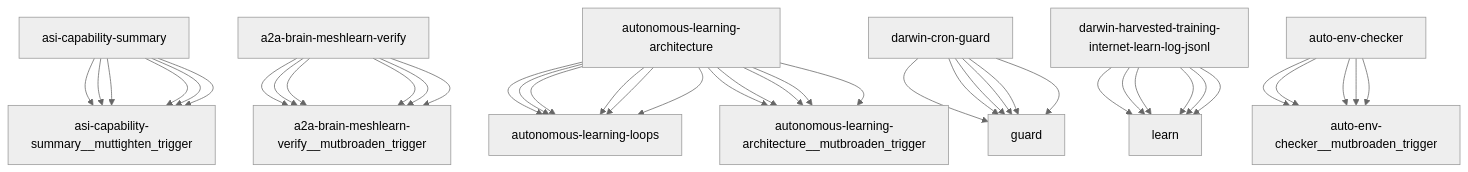
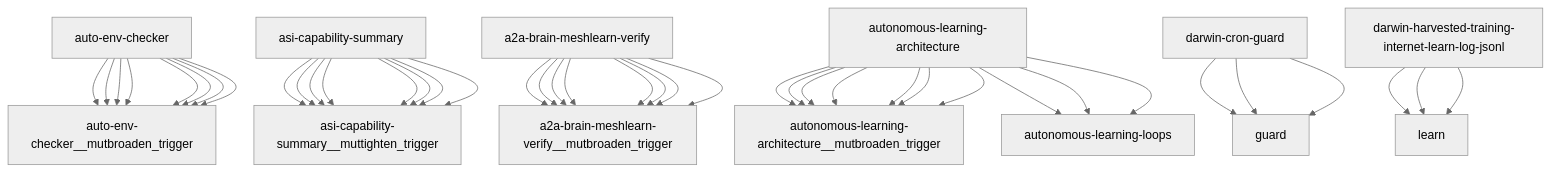
One commit to openamer-max/max-scripts changed the diagram in reports/darwin-report.md. Above: the diagram before and after it, drawn with Mermaid (neutral theme). The commit also changed other lines of this file and 14 other files, not shown here.

First line of the commit message:
chore(reports): cron auto-commit 2026-10-12

````diff
--- a/reports/darwin-report.md
+++ b/reports/darwin-report.md
@@ -69,43 +69,43 @@
 ```mermaid
 graph TD
+    auto-env-checker["auto-env-checker"] --> auto-env-checker__mutbroaden_trigger["auto-env-checker__mutbroaden_trigger"]
     asi-capability-summary["asi-capability-summary"] --> asi-capability-summary__muttighten_trigger["asi-capability-summary__muttighten_trigger"]
     a2a-brain-meshlearn-verify["a2a-brain-meshlearn-verify"] --> a2a-brain-meshlearn-verify__mutbroaden_trigger["a2a-brain-meshlearn-verify__mutbroaden_trigger"]
-    autonomous-learning-architecture["autonomous-learning-architecture"] --> autonomous-learning-loops["autonomous-learning-loops"]
-    darwin-cron-guard["darwin-cron-guard"] --> guard["guard"]
-    darwin-harvested-training-internet-learn-log-jsonl["darwin-harvested-training-internet-learn-log-jsonl"] --> learn["learn"]
+    autonomous-learning-architecture["autonomous-learning-architecture"] --> autonomous-learning-architecture__mutbroaden_trigger["autonomous-learning-architecture__mutbroaden_trigger"]
+    auto-env-checker["auto-env-checker"] --> auto-env-checker__mutbroaden_trigger["auto-env-checker__mutbroaden_trigger"]
+    asi-capability-summary["asi-capability-summary"] --> asi-capability-summary__muttighten_trigger["asi-capability-summary__muttighten_trigger"]
+    a2a-brain-meshlearn-verify["a2a-brain-meshlearn-verify"] --> a2a-brain-meshlearn-verify__mutbroaden_trigger["a2a-brain-meshlearn-verify__mutbroaden_trigger"]
+    autonomous-learning-architecture["autonomous-learning-architecture"] --> autonomous-learning-architecture__mutbroaden_trigger["autonomous-learning-architecture__mutbroaden_trigger"]
+    auto-env-checker["auto-env-checker"] --> auto-env-checker__mutbroaden_trigger["auto-env-checker__mutbroaden_trigger"]
+    asi-capability-summary["asi-capability-summary"] --> asi-capability-summary__muttighten_trigger["asi-capability-summary__muttighten_trigger"]
+    a2a-brain-meshlearn-verify["a2a-brain-meshlearn-verify"] --> a2a-brain-meshlearn-verify__mutbroaden_trigger["a2a-brain-meshlearn-verify__mutbroaden_trigger"]
+    autonomous-learning-architecture["autonomous-learning-architecture"] --> autonomous-learning-architecture__mutbroaden_trigger["autonomous-learning-architecture__mutbroaden_trigger"]
+    auto-env-checker["auto-env-checker"] --> auto-env-checker__mutbroaden_trigger["auto-env-checker__mutbroaden_trigger"]
+    asi-capability-summary["asi-capability-summary"] --> asi-capability-summary__muttighten_trigger["asi-capability-summary__muttighten_trigger"]
+    a2a-brain-meshlearn-verify["a2a-brain-meshlearn-verify"] --> a2a-brain-meshlearn-verify__mutbroaden_trigger["a2a-brain-meshlearn-verify__mutbroaden_trigger"]
     autonomous-learning-architecture["autonomous-learning-architecture"] --> autonomous-learning-architecture__mutbroaden_trigger["autonomous-learning-architecture__mutbroaden_trigger"]
     auto-env-checker["auto-env-checker"] --> auto-env-checker__mutbroaden_trigger["auto-env-checker__mutbroaden_trigger"]
     asi-capability-summary["asi-capability-summary"] --> asi-capability-summary__muttighten_trigger["asi-capability-summary__muttighten_trigger"]
     a2a-brain-meshlearn-verify["a2a-brain-meshlearn-verify"] --> a2a-brain-meshlearn-verify__mutbroaden_trigger["a2a-brain-meshlearn-verify__mutbroaden_trigger"]
     autonomous-learning-architecture["autonomous-learning-architecture"] --> autonomous-learning-loops["autonomous-learning-loops"]
     darwin-cron-guard["darwin-cron-guard"] --> guard["guard"]
     darwin-harvested-training-internet-learn-log-jsonl["darwin-harvested-training-internet-learn-log-jsonl"] --> learn["learn"]
     autonomous-learning-architecture["autonomous-learning-architecture"] --> autonomous-learning-architecture__mutbroaden_trigger["autonomous-learning-architecture__mutbroaden_trigger"]
     auto-env-checker["auto-env-checker"] --> auto-env-checker__mutbroaden_trigger["auto-env-checker__mutbroaden_trigger"]
     asi-capability-summary["asi-capability-summary"] --> asi-capability-summary__muttighten_trigger["asi-capability-summary__muttighten_trigger"]
     a2a-brain-meshlearn-verify["a2a-brain-meshlearn-verify"] --> a2a-brain-meshlearn-verify__mutbroaden_trigger["a2a-brain-meshlearn-verify__mutbroaden_trigger"]
     autonomous-learning-architecture["autonomous-learning-architecture"] --> autonomous-learning-loops["autonomous-learning-loops"]
     darwin-cron-guard["darwin-cron-guard"] --> guard["guard"]
     darwin-harvested-training-internet-learn-log-jsonl["darwin-harvested-training-internet-learn-log-jsonl"] --> learn["learn"]
     autonomous-learning-architecture["autonomous-learning-architecture"] --> autonomous-learning-architecture__mutbroaden_trigger["autonomous-learning-architecture__mutbroaden_trigger"]
     auto-env-checker["auto-env-checker"] --> auto-env-checker__mutbroaden_trigger["auto-env-checker__mutbroaden_trigger"]
     asi-capability-summary["asi-capability-summary"] --> asi-capability-summary__muttighten_trigger["asi-capability-summary__muttighten_trigger"]
     a2a-brain-meshlearn-verify["a2a-brain-meshlearn-verify"] --> a2a-brain-meshlearn-verify__mutbroaden_trigger["a2a-brain-meshlearn-verify__mutbroaden_trigger"]
-    autonomous-learning-architecture["autonomous-learning-architecture"] --> autonomous-learning-loops["autonomous-learning-loops"]
-    darwin-cron-guard["darwin-cron-guard"] --> guard["guard"]
-    darwin-harvested-training-internet-learn-log-jsonl["darwin-harvested-training-internet-learn-log-jsonl"] --> learn["learn"]
-    autonomous-learning-architecture["autonomous-learning-architecture"] --> autonomous-learning-architecture__mutbroaden_trigger["autonomous-learning-architecture__mutbroaden_trigger"]
-    auto-env-checker["auto-env-checker"] --> auto-env-checker__mutbroaden_trigger["auto-env-checker__mutbroaden_trigger"]
-    asi-capability-summary["asi-capability-summary"] --> asi-capability-summary__muttighten_trigger["asi-capability-summary__muttighten_trigger"]
-    a2a-brain-meshlearn-verify["a2a-brain-meshlearn-verify"] --> a2a-brain-meshlearn-verify__mutbroaden_trigger["a2a-brain-meshlearn-verify__mutbroaden_trigger"]
-    autonomous-learning-architecture["autonomous-learning-architecture"] --> autonomous-learning-loops["autonomous-learning-loops"]
-    darwin-cron-guard["darwin-cron-guard"] --> guard["guard"]
-    darwin-harvested-training-internet-learn-log-jsonl["darwin-harvested-training-internet-learn-log-jsonl"] --> learn["learn"]
     autonomous-learning-architecture["autonomous-learning-architecture"] --> autonomous-learning-architecture__mutbroaden_trigger["autonomous-learning-architecture__mutbroaden_trigger"]
     auto-env-checker["auto-env-checker"] --> auto-env-checker__mutbroaden_trigger["auto-env-checker__mutbroaden_trigger"]
     asi-capability-summary["asi-capability-summary"] --> asi-capability-summary__muttighten_trigger["asi-capability-summary__muttighten_trigger"]
     a2a-brain-meshlearn-verify["a2a-brain-meshlearn-verify"] --> a2a-brain-meshlearn-verify__mutbroaden_trigger["a2a-brain-meshlearn-verify__mutbroaden_trigger"]
     autonomous-learning-architecture["autonomous-learning-architecture"] --> autonomous-learning-loops["autonomous-learning-loops"]
     darwin-cron-guard["darwin-cron-guard"] --> guard["guard"]
     darwin-harvested-training-internet-learn-log-jsonl["darwin-harvested-training-internet-learn-log-jsonl"] --> learn["learn"]
 ```
````
